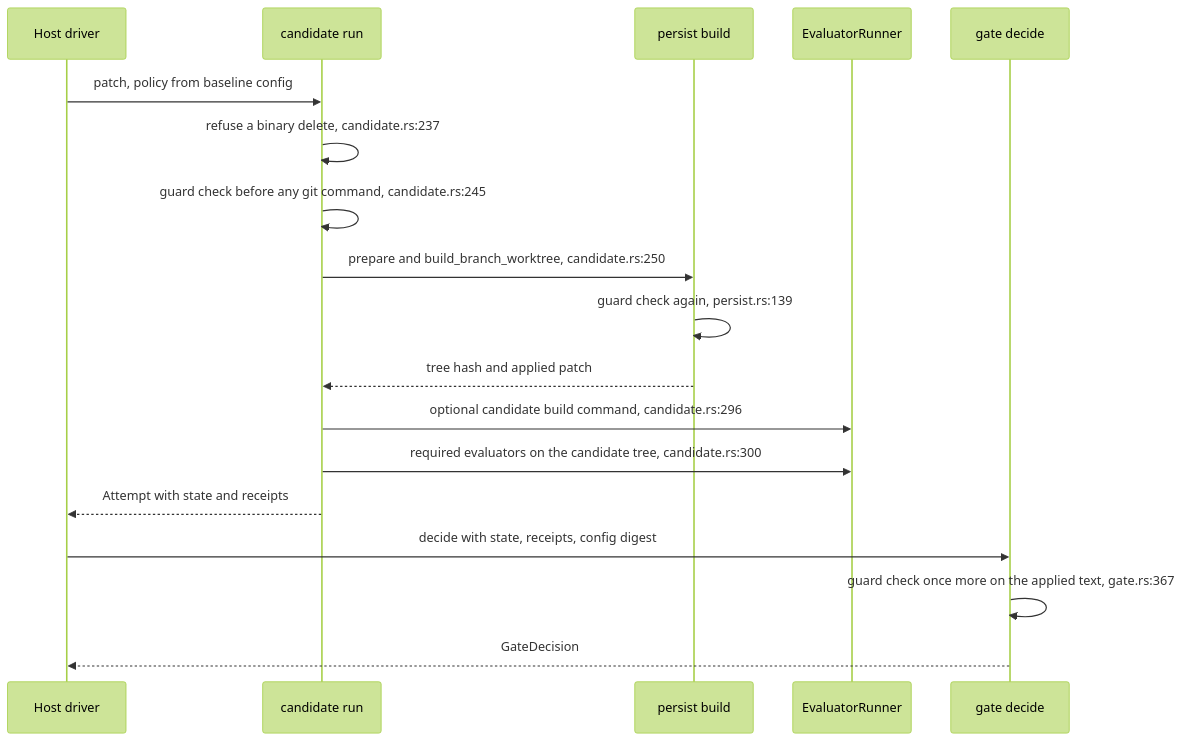
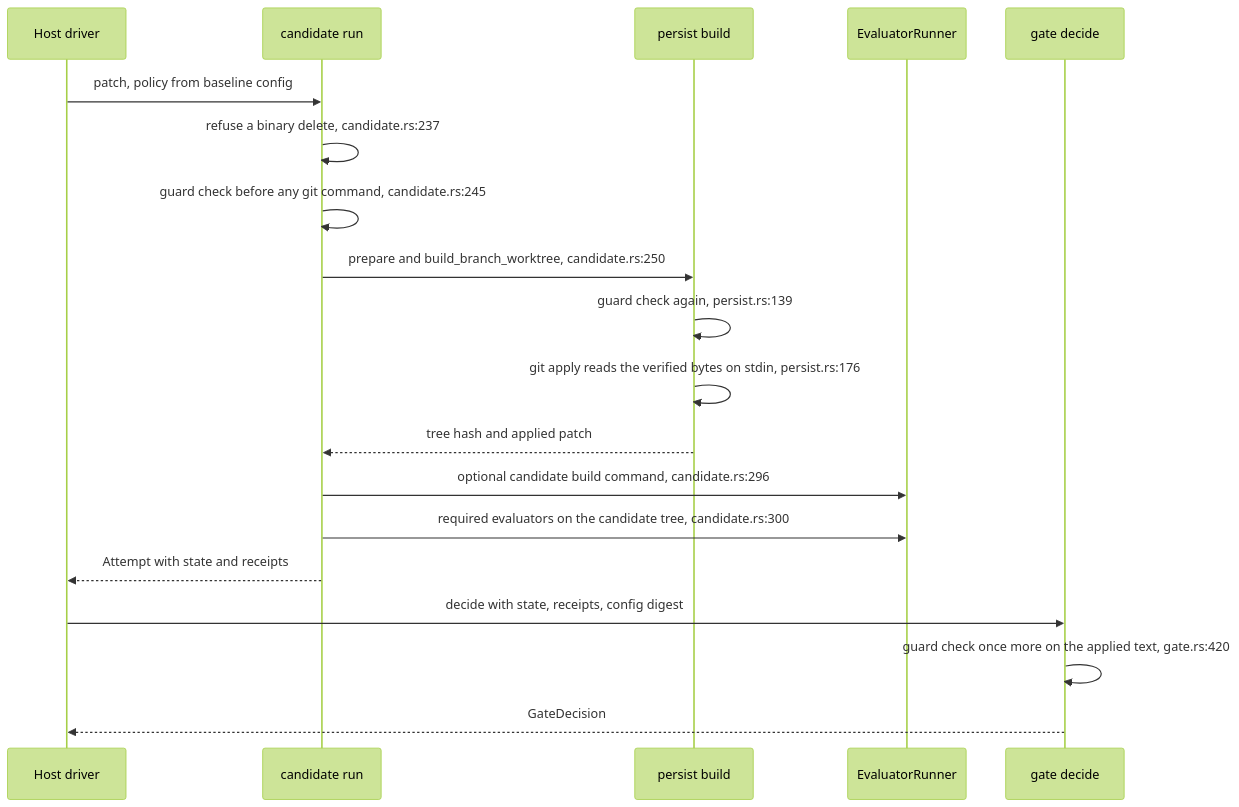
One commit to DreamLab-AI/dream-engine changed the third of 5 diagrams in docs/diagrams/gate/01-verdict-classes-and-the-decide-flow.md. Above: the diagram before and after it, drawn with Mermaid (forest theme). The commit also changed other lines of this file and 12 other files, not shown here.

Commit message:
docs(diagrams): re-verify and re-stamp the corpus at 0f6a669 after the audit hardening

````diff
--- a/docs/diagrams/gate/01-verdict-classes-and-the-decide-flow.md
+++ b/docs/diagrams/gate/01-verdict-classes-and-the-decide-flow.md
@@ -117,20 +135,21 @@
 ```mermaid
 sequenceDiagram
     participant H as Host driver
     participant C as candidate run
     participant P as persist build
     participant R as EvaluatorRunner
     participant G as gate decide
     H->>C: patch, policy from baseline config
     C->>C: refuse a binary delete, candidate.rs:237
     C->>C: guard check before any git command, candidate.rs:245
     C->>P: prepare and build_branch_worktree, candidate.rs:250
     P->>P: guard check again, persist.rs:139
+    P->>P: git apply reads the verified bytes on stdin, persist.rs:176
     P-->>C: tree hash and applied patch
     C->>R: optional candidate build command, candidate.rs:296
     C->>R: required evaluators on the candidate tree, candidate.rs:300
     C-->>H: Attempt with state and receipts
     H->>G: decide with state, receipts, config digest
-    G->>G: guard check once more on the applied text, gate.rs:367
+    G->>G: guard check once more on the applied text, gate.rs:420
     G-->>H: GateDecision
 ```
````
